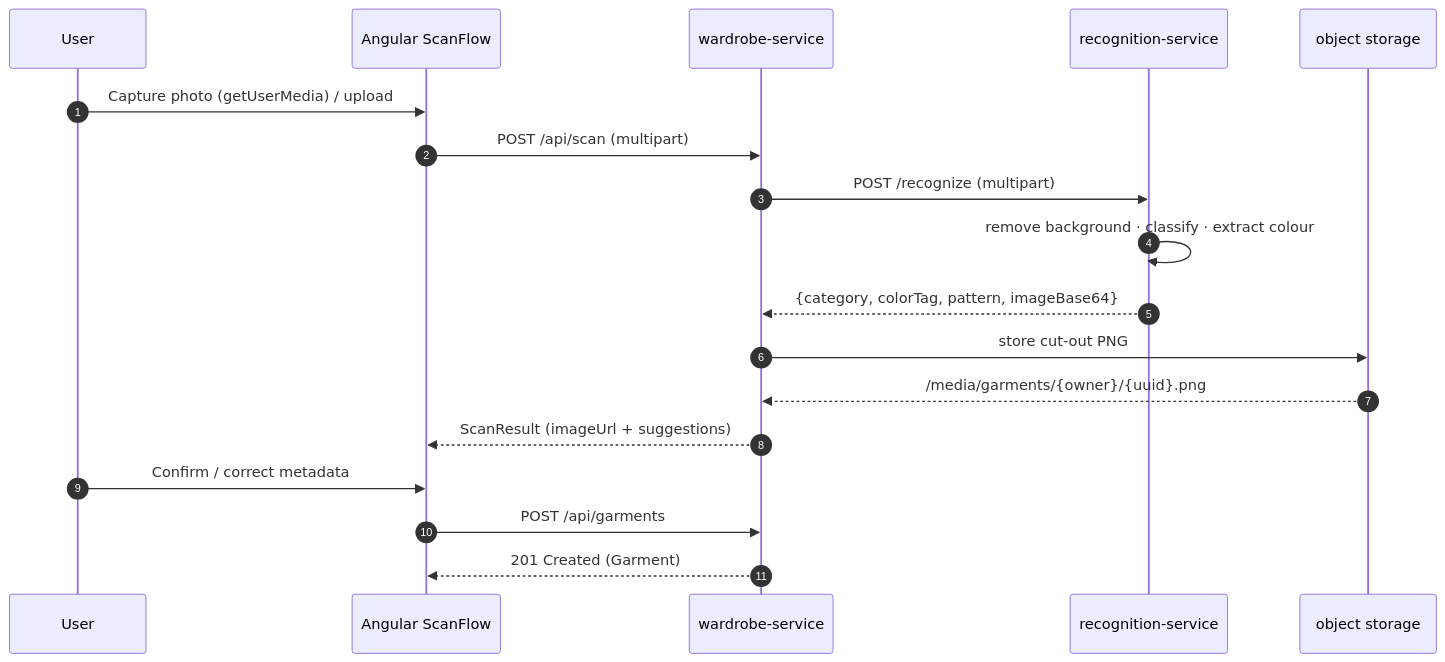
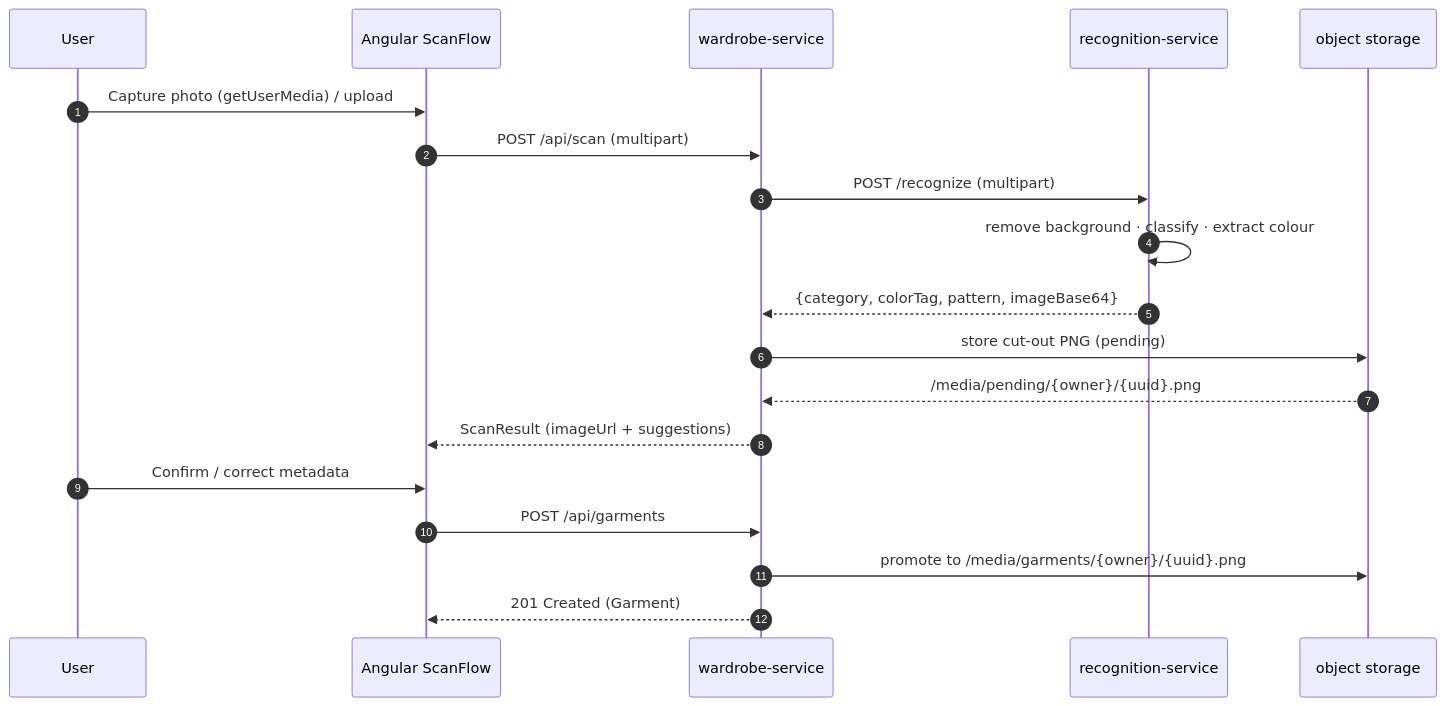
Before and after one commit to ChrisvDalen/Dressd: the third of 5 diagrams in README.md, drawn with Mermaid. The commit also changed other lines of this file and 10 other files, not shown here.

````diff
--- a/README.md
+++ b/README.md
@@ -204,20 +171,21 @@
 ```mermaid
 sequenceDiagram
     autonumber
     participant U as User
     participant W as Angular ScanFlow
     participant WS as wardrobe-service
     participant R as recognition-service
     participant S as object storage
     U->>W: Capture photo (getUserMedia) / upload
     W->>WS: POST /api/scan (multipart)
     WS->>R: POST /recognize (multipart)
     R->>R: remove background · classify · extract colour
     R-->>WS: {category, colorTag, pattern, imageBase64}
-    WS->>S: store cut-out PNG
-    S-->>WS: /media/garments/{owner}/{uuid}.png
+    WS->>S: store cut-out PNG (pending)
+    S-->>WS: /media/pending/{owner}/{uuid}.png
     WS-->>W: ScanResult (imageUrl + suggestions)
     U->>W: Confirm / correct metadata
     W->>WS: POST /api/garments
+    WS->>S: promote to /media/garments/{owner}/{uuid}.png
     WS-->>W: 201 Created (Garment)
 ```
````
